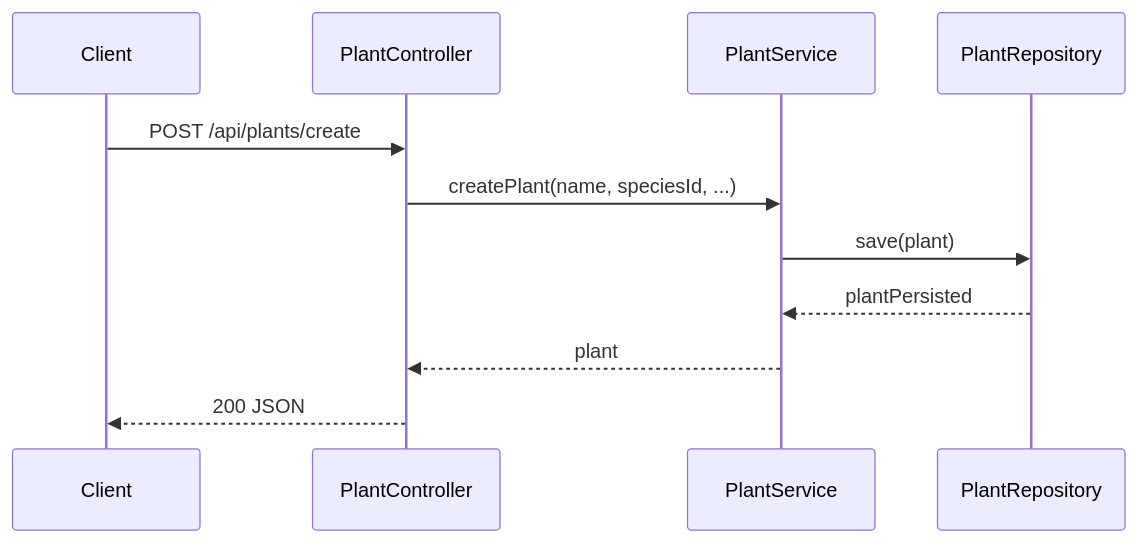
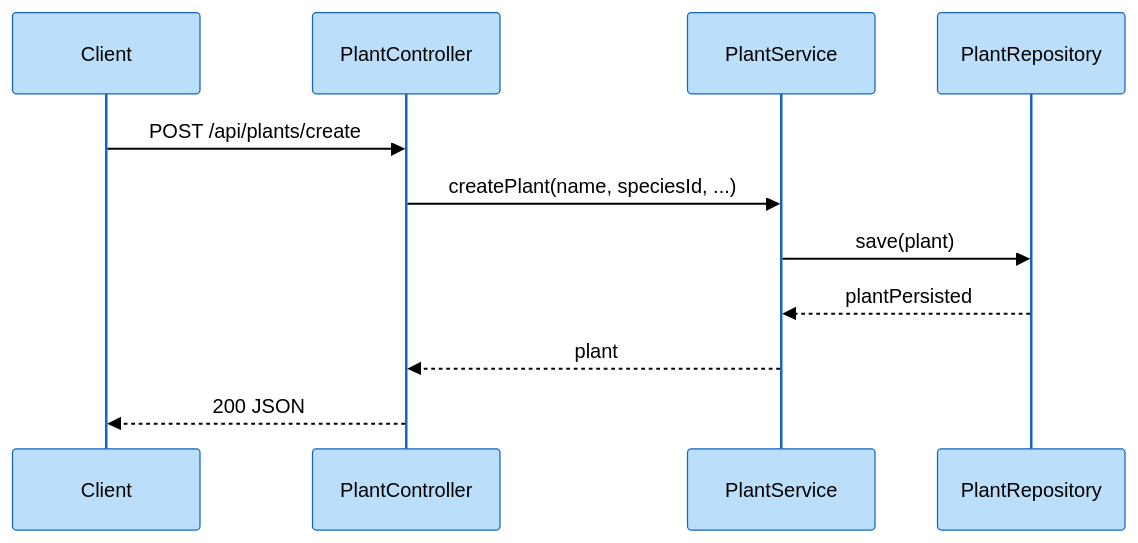
One commit to fasai444/GreenDesk changed the third of 10 diagrams in docs/index.md. Above: the diagram before and after it, drawn with Mermaid. The commit also changed other lines of this file and 6 other files, not shown here.

````diff
--- a/docs/index.md
+++ b/docs/index.md
@@ -331,14 +382,15 @@
 ```mermaid
+%%{init: {'theme':'base', 'themeVariables': { 'primaryColor':'#bbdefb','primaryTextColor':'#000','primaryBorderColor':'#1565c0','lineColor':'#1565c0','secondaryColor':'#c8e6c9','tertiaryColor':'#fff9c4','noteBkgColor':'#fff3cd','noteTextColor':'#000'}}}%%
 sequenceDiagram
-	participant client as Client
-	participant controller as PlantController
-	participant service as PlantService
-	participant repository as PlantRepository
+    participant client as Client
+    participant controller as PlantController
+    participant service as PlantService
+    participant repository as PlantRepository
 
-	client->>controller: POST /api/plants/create
-	controller->>service: createPlant(name, speciesId, ...)
-	service->>repository: save(plant)
-	repository-->>service: plantPersisted
-	service-->>controller: plant
-	controller-->>client: 200 JSON
+    client->>controller: POST /api/plants/create
+    controller->>service: createPlant(name, speciesId, ...)
+    service->>repository: save(plant)
+    repository-->>service: plantPersisted
+    service-->>controller: plant
+    controller-->>client: 200 JSON
 ```
````
